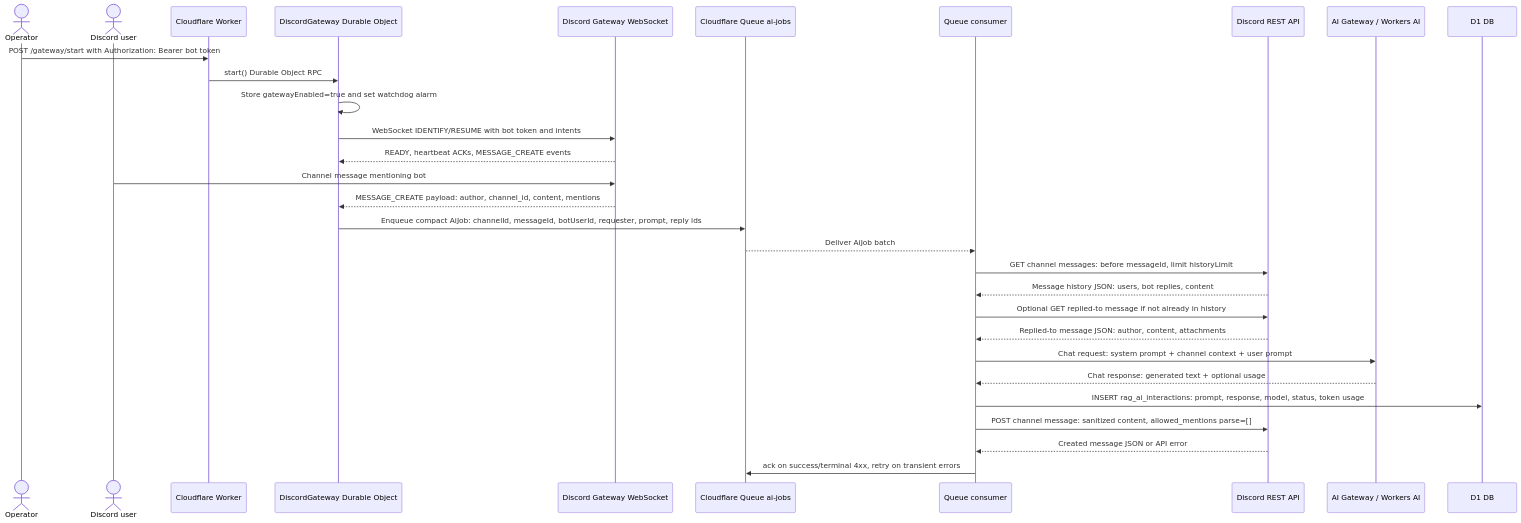
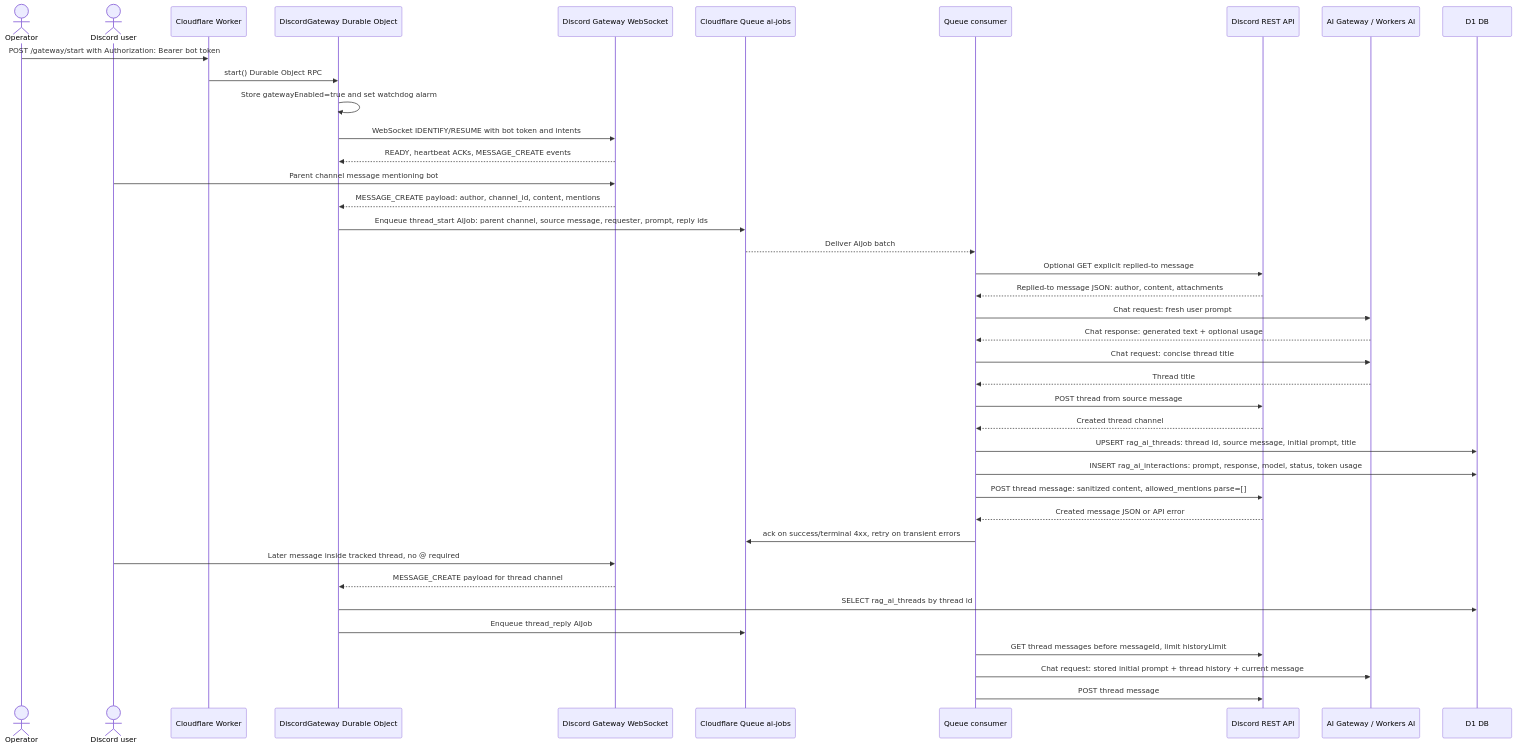
Before and after one commit to jackm43/rag: the third of 3 diagrams in README.md, drawn with Mermaid. The commit also changed other lines of this file and 13 other files, not shown here.

````diff
--- a/README.md
+++ b/README.md
@@ -82,34 +93,45 @@
 ```mermaid
 sequenceDiagram
   actor Operator
   actor User as Discord user
   participant Worker as Cloudflare Worker
   participant GatewayDO as DiscordGateway Durable Object
   participant DiscordGateway as Discord Gateway WebSocket
   participant Queue as Cloudflare Queue ai-jobs
   participant Consumer as Queue consumer
   participant DiscordREST as Discord REST API
   participant AI as AI Gateway / Workers AI
   participant DB as D1 DB
 
   Operator->>Worker: POST /gateway/start with Authorization: Bearer bot token
   Worker->>GatewayDO: start() Durable Object RPC
   GatewayDO->>GatewayDO: Store gatewayEnabled=true and set watchdog alarm
   GatewayDO->>DiscordGateway: WebSocket IDENTIFY/RESUME with bot token and intents
   DiscordGateway-->>GatewayDO: READY, heartbeat ACKs, MESSAGE_CREATE events
 
-  User->>DiscordGateway: Channel message mentioning bot
+  User->>DiscordGateway: Parent channel message mentioning bot
   DiscordGateway-->>GatewayDO: MESSAGE_CREATE payload: author, channel_id, content, mentions
-  GatewayDO->>Queue: Enqueue compact AiJob: channelId, messageId, botUserId, requester, prompt, reply ids
+  GatewayDO->>Queue: Enqueue thread_start AiJob: parent channel, source message, requester, prompt, reply ids
   Queue-->>Consumer: Deliver AiJob batch
-  Consumer->>DiscordREST: GET channel messages: before messageId, limit historyLimit
-  DiscordREST-->>Consumer: Message history JSON: users, bot replies, content
-  Consumer->>DiscordREST: Optional GET replied-to message if not already in history
+  Consumer->>DiscordREST: Optional GET explicit replied-to message
   DiscordREST-->>Consumer: Replied-to message JSON: author, content, attachments
-  Consumer->>AI: Chat request: system prompt + channel context + user prompt
+  Consumer->>AI: Chat request: fresh user prompt
   AI-->>Consumer: Chat response: generated text + optional usage
+  Consumer->>AI: Chat request: concise thread title
+  AI-->>Consumer: Thread title
+  Consumer->>DiscordREST: POST thread from source message
+  DiscordREST-->>Consumer: Created thread channel
+  Consumer->>DB: UPSERT rag_ai_threads: thread id, source message, initial prompt, title
   Consumer->>DB: INSERT rag_ai_interactions: prompt, response, model, status, token usage
-  Consumer->>DiscordREST: POST channel message: sanitized content, allowed_mentions parse=[]
+  Consumer->>DiscordREST: POST thread message: sanitized content, allowed_mentions parse=[]
   DiscordREST-->>Consumer: Created message JSON or API error
   Consumer->>Queue: ack on success/terminal 4xx, retry on transient errors
+
+  User->>DiscordGateway: Later message inside tracked thread, no @ required
+  DiscordGateway-->>GatewayDO: MESSAGE_CREATE payload for thread channel
+  GatewayDO->>DB: SELECT rag_ai_threads by thread id
+  GatewayDO->>Queue: Enqueue thread_reply AiJob
+  Consumer->>DiscordREST: GET thread messages before messageId, limit historyLimit
+  Consumer->>AI: Chat request: stored initial prompt + thread history + current message
+  Consumer->>DiscordREST: POST thread message
 ```
````
